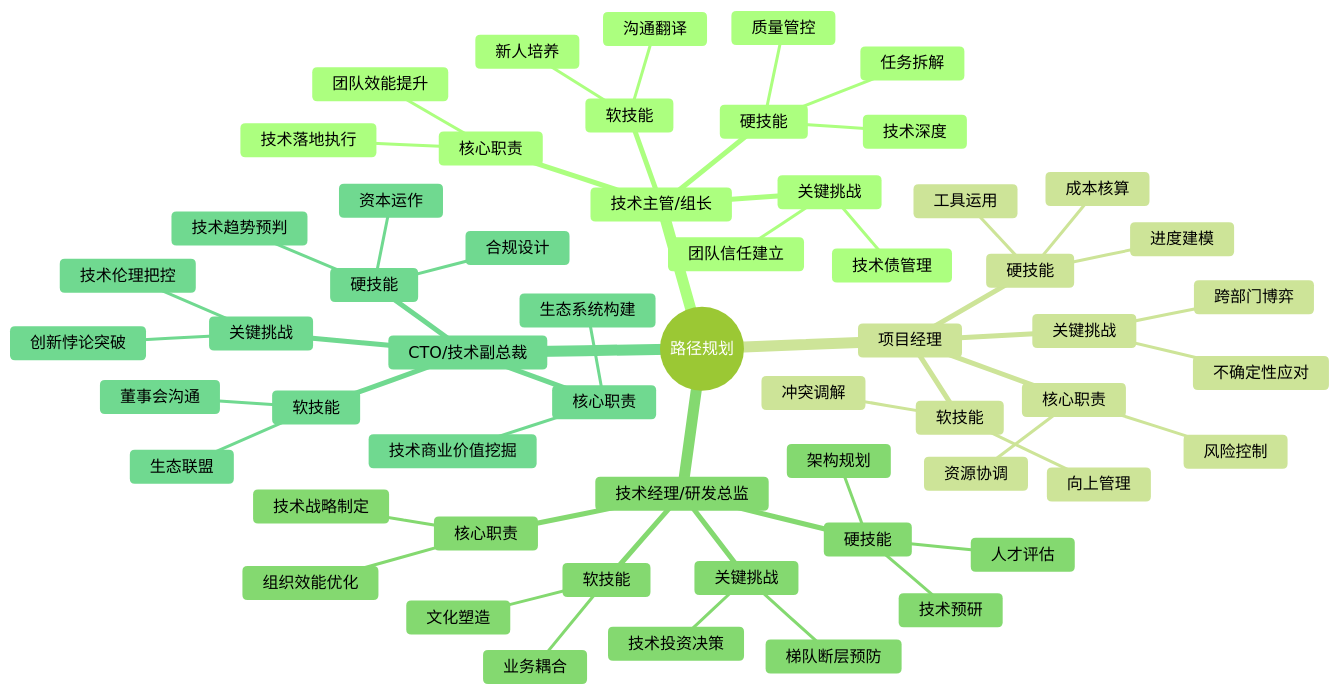
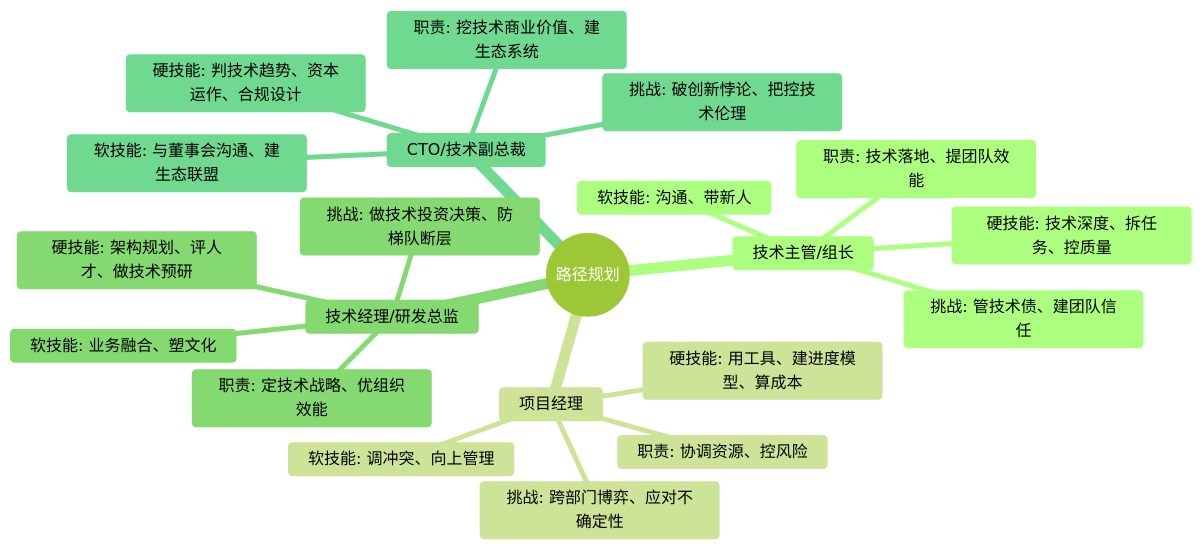
Before and after one commit to r0ad/code-road: the diagram in docs/manage/path.md, drawn with Mermaid (forest theme). The commit also changed 2 other files, not shown here.

Commit message:
fix: 优化导图

````diff
--- a/docs/manage/path.md
+++ b/docs/manage/path.md
@@ -8,60 +8,24 @@
 ```mermaid
 mindmap
   root((路径规划))
     技术主管/组长
-      核心职责
-        技术落地执行
-        团队效能提升
-      硬技能
-        技术深度
-        任务拆解
-        质量管控
-      软技能
-        沟通翻译
-        新人培养
-      关键挑战
-        技术债管理
-        团队信任建立
+      职责: 技术落地、提团队效能
+      硬技能: 技术深度、拆任务、控质量
+      软技能: 沟通、带新人
+      挑战: 管技术债、建团队信任
     项目经理
-      核心职责
-        资源协调
-        风险控制
-      硬技能
-        工具运用
-        进度建模
-        成本核算
-      软技能
-        冲突调解
-        向上管理
-      关键挑战
-        跨部门博弈
-        不确定性应对
+      职责: 协调资源、控风险
+      硬技能: 用工具、建进度模型、算成本
+      软技能: 调冲突、向上管理
+      挑战: 跨部门博弈、应对不确定性
     技术经理/研发总监
-      核心职责
-        技术战略制定
-        组织效能优化
-      硬技能
-        架构规划
-        人才评估
-        技术预研
-      软技能
-        业务耦合
-        文化塑造
-      关键挑战
-        技术投资决策
-        梯队断层预防
+      职责: 定技术战略、优组织效能
+      硬技能: 架构规划、评人才、做技术预研
+      软技能: 业务融合、塑文化
+      挑战: 做技术投资决策、防梯队断层
     CTO/技术副总裁
-      核心职责
-        技术商业价值挖掘
-        生态系统构建
-      硬技能
-        技术趋势预判
-        资本运作
-        合规设计
-      软技能
-        董事会沟通
-        生态联盟
-      关键挑战
-        创新悖论突破
-        技术伦理把控
+      职责: 挖技术商业价值、建生态系统
+      硬技能: 判技术趋势、资本运作、合规设计
+      软技能: 与董事会沟通、建生态联盟
+      挑战: 破创新悖论、把控技术伦理
 ```
````
